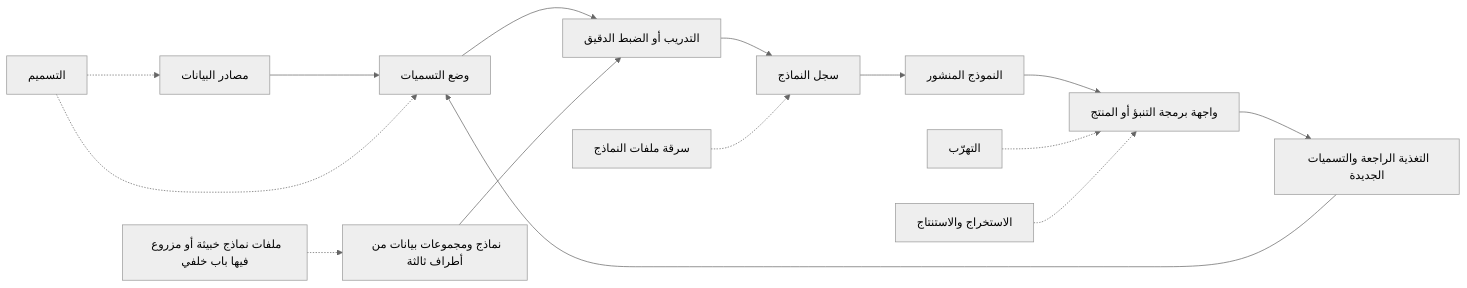
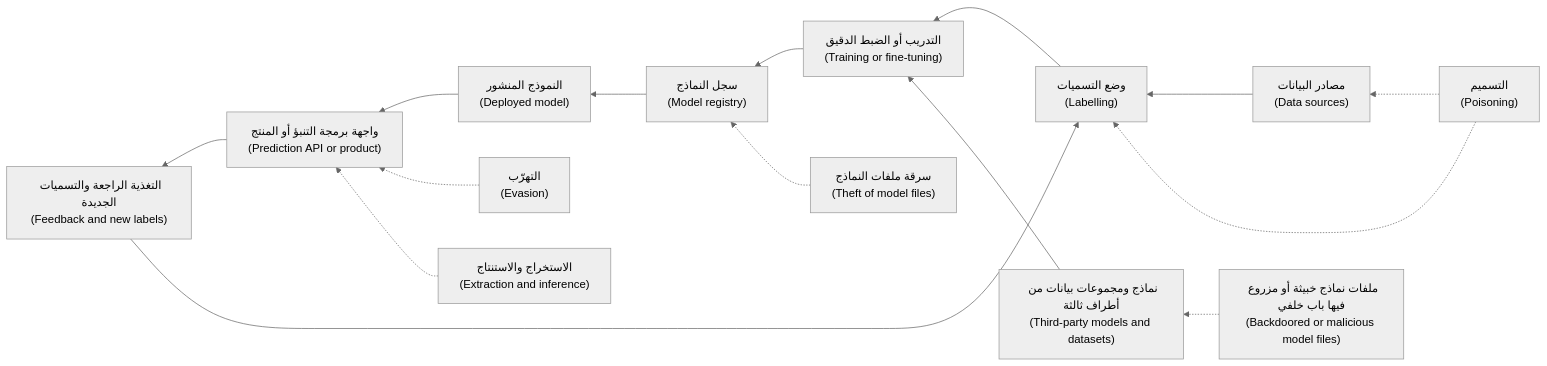
Before and after one commit to Tamoura/system-design-for-vibe-coders: the third of 3 diagrams in secai/modules/08-ai-threats.ar.md, drawn with Mermaid (neutral theme). The commit also changed other lines of this file and 11 other files, not shown here.

First line of the commit message:
Security course: Arabic modules 10–11 reviewed; RTL diagrams with English labels for modules 0–11

````diff
--- a/secai/modules/08-ai-threats.ar.md
+++ b/secai/modules/08-ai-threats.ar.md
@@ -569,17 +569,17 @@
 ```mermaid
-flowchart LR
-    A["مصادر البيانات"] --> B["وضع التسميات"]
-    B --> C["التدريب أو الضبط الدقيق"]
-    P["نماذج ومجموعات بيانات من أطراف ثالثة"] --> C
-    C --> D["سجل النماذج"]
-    D --> E["النموذج المنشور"]
-    E --> F["واجهة برمجة التنبؤ أو المنتج"]
-    F --> G["التغذية الراجعة والتسميات الجديدة"]
+flowchart RL
+    A["مصادر البيانات<br/>(Data sources)"] --> B["وضع التسميات<br/>(Labelling)"]
+    B --> C["التدريب أو الضبط الدقيق<br/>(Training or fine-tuning)"]
+    P["نماذج ومجموعات بيانات من أطراف ثالثة<br/>(Third-party models and datasets)"] --> C
+    C --> D["سجل النماذج<br/>(Model registry)"]
+    D --> E["النموذج المنشور<br/>(Deployed model)"]
+    E --> F["واجهة برمجة التنبؤ أو المنتج<br/>(Prediction API or product)"]
+    F --> G["التغذية الراجعة والتسميات الجديدة<br/>(Feedback and new labels)"]
     G --> B
-    X1["التسميم"] -.-> A
+    X1["التسميم<br/>(Poisoning)"] -.-> A
     X1 -.-> B
-    X2["ملفات نماذج خبيثة أو مزروع فيها باب خلفي"] -.-> P
-    X3["التهرّب"] -.-> F
-    X4["الاستخراج والاستنتاج"] -.-> F
-    X5["سرقة ملفات النماذج"] -.-> D
+    X2["ملفات نماذج خبيثة أو مزروع فيها باب خلفي<br/>(Backdoored or malicious model files)"] -.-> P
+    X3["التهرّب<br/>(Evasion)"] -.-> F
+    X4["الاستخراج والاستنتاج<br/>(Extraction and inference)"] -.-> F
+    X5["سرقة ملفات النماذج<br/>(Theft of model files)"] -.-> D
 ```
````
